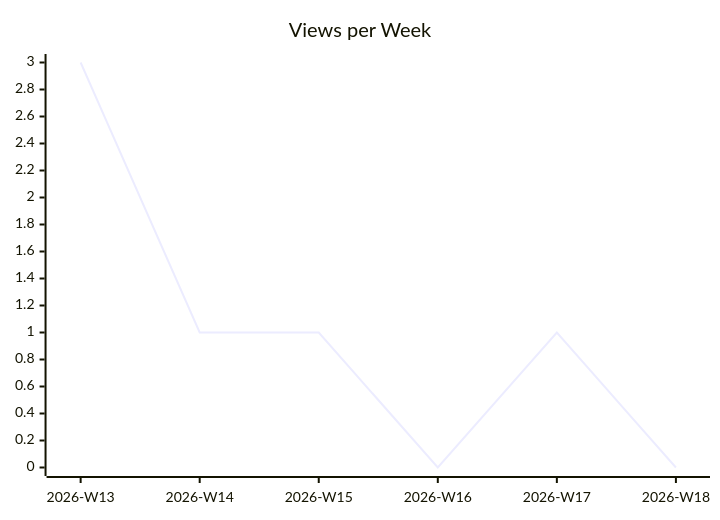
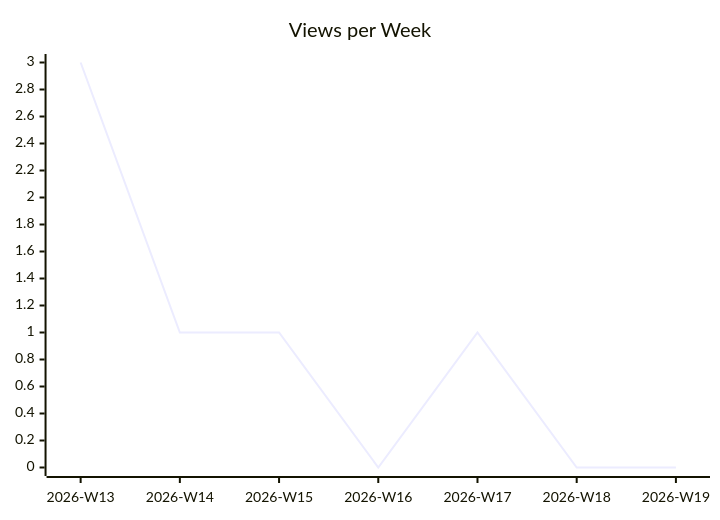
Before and after one commit to justdavis-family/github-analytics-data: the second of 3 diagrams in karlmdavis/rps-tourney/README.md, drawn with Mermaid. The commit also changed other lines of this file and 187 other files, not shown here.

````diff
--- a/karlmdavis/rps-tourney/README.md
+++ b/karlmdavis/rps-tourney/README.md
@@ -12,6 +12,6 @@
 ```mermaid
 xychart-beta
   title "Views per Week"
-  x-axis ["2026-W13", "2026-W14", "2026-W15", "2026-W16", "2026-W17", "2026-W18"]
-  line [3, 1, 1, 0, 1, 0]
+  x-axis ["2026-W13", "2026-W14", "2026-W15", "2026-W16", "2026-W17", "2026-W18", "2026-W19"]
+  line [3, 1, 1, 0, 1, 0, 0]
 ```
````
